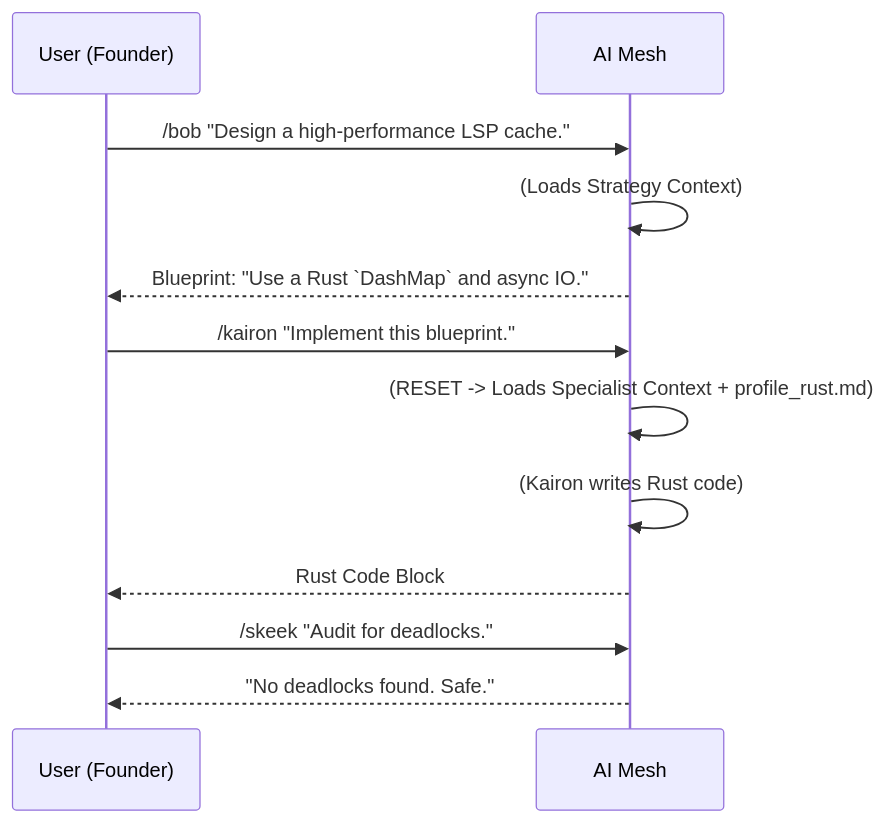
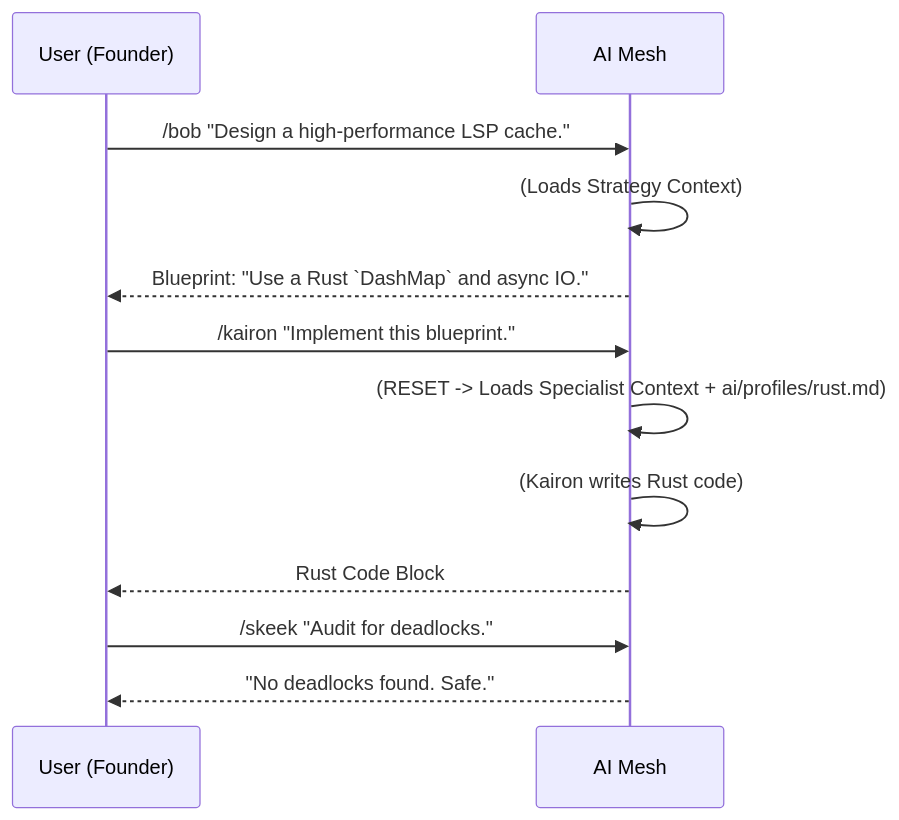
One commit to smile13241324/aemacs changed the diagram in ai/README.md. Above: the diagram before and after it, drawn with Mermaid. The commit also changed other lines of this file and 16 other files, not shown here.

````diff
--- a/ai/README.md
+++ b/ai/README.md
@@ -67,17 +74,17 @@
 ```mermaid
 sequenceDiagram
     participant U as User (Founder)
     participant CLI as AI Mesh
 
     U->>CLI: /bob "Design a high-performance LSP cache."
     CLI->>CLI: (Loads Strategy Context)
     CLI-->>U: Blueprint: "Use a Rust `DashMap` and async IO."
 
     U->>CLI: /kairon "Implement this blueprint."
-    CLI->>CLI: (RESET -> Loads Specialist Context + profile_rust.md)
+    CLI->>CLI: (RESET -> Loads Specialist Context + ai/profiles/rust.md)
     CLI->>CLI: (Kairon writes Rust code)
     CLI-->>U: Rust Code Block
 
     U->>CLI: /skeek "Audit for deadlocks."
     CLI-->>U: "No deadlocks found. Safe."
 ```
````
